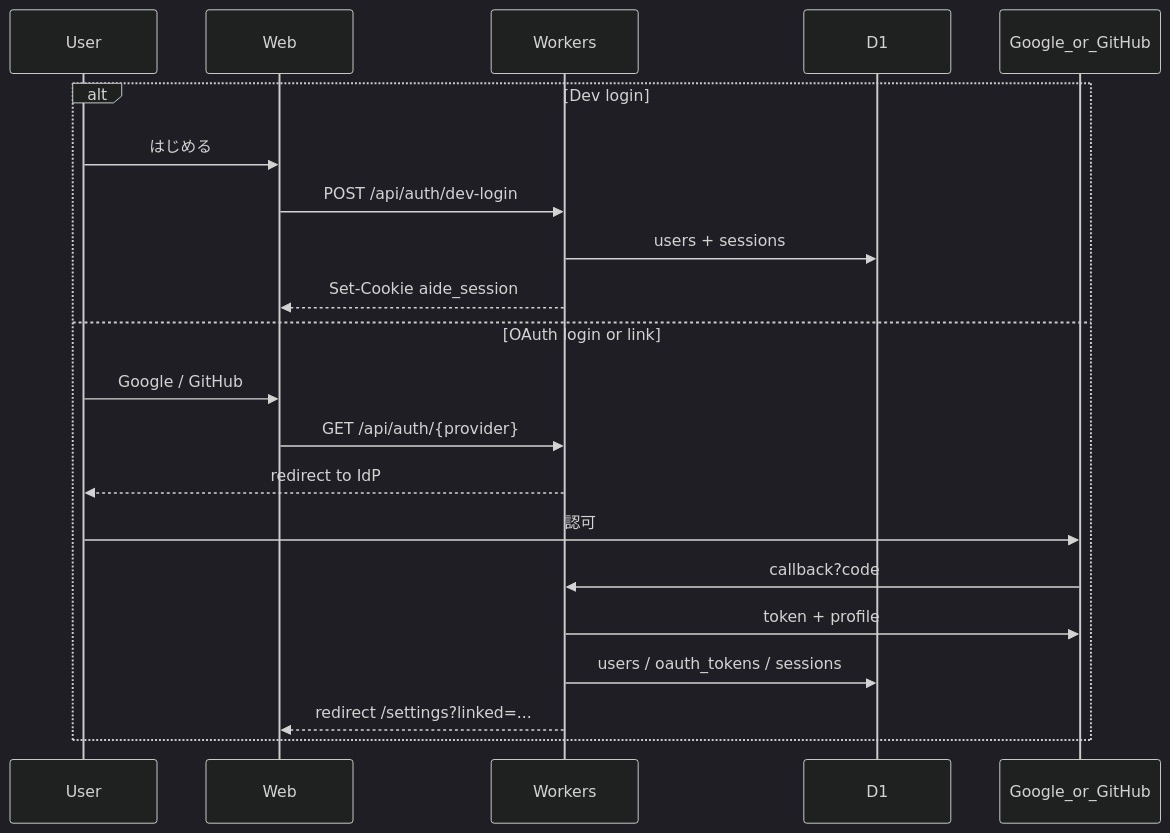
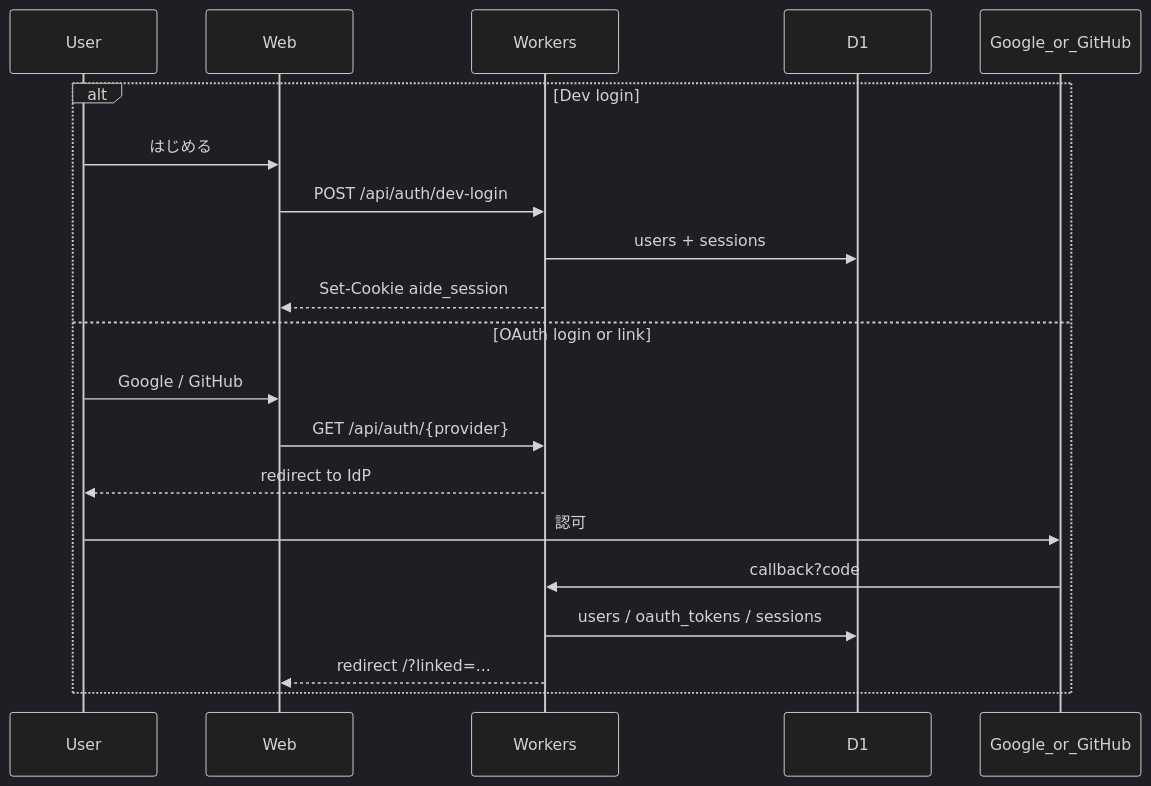
Before and after one commit to keitaroooo/aide: the fourth of 6 diagrams in README.md, drawn with Mermaid (dark theme). The commit also changed other lines of this file and 31 other files, not shown here.

````diff
--- a/README.md
+++ b/README.md
@@ -260,24 +193,23 @@
 ```mermaid
 sequenceDiagram
   participant U as User
   participant W as Web
   participant A as Workers
   participant D as D1
   participant IdP as Google_or_GitHub
 
   alt Dev login
     U->>W: はじめる
     W->>A: POST /api/auth/dev-login
     A->>D: users + sessions
     A-->>W: Set-Cookie aide_session
   else OAuth login or link
     U->>W: Google / GitHub
     W->>A: GET /api/auth/{provider}
     A-->>U: redirect to IdP
     U->>IdP: 認可
     IdP->>A: callback?code
-    A->>IdP: token + profile
     A->>D: users / oauth_tokens / sessions
-    A-->>W: redirect /settings?linked=...
+    A-->>W: redirect /?linked=...
   end
 ```
````
